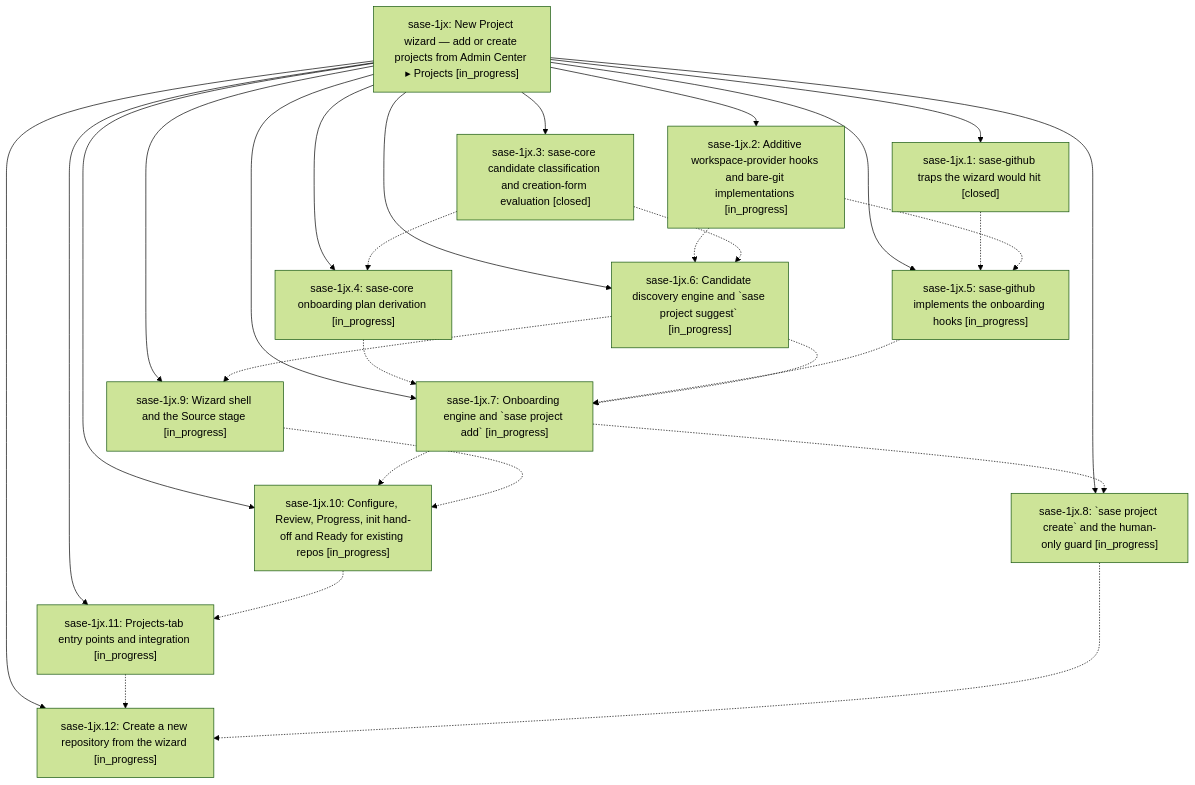
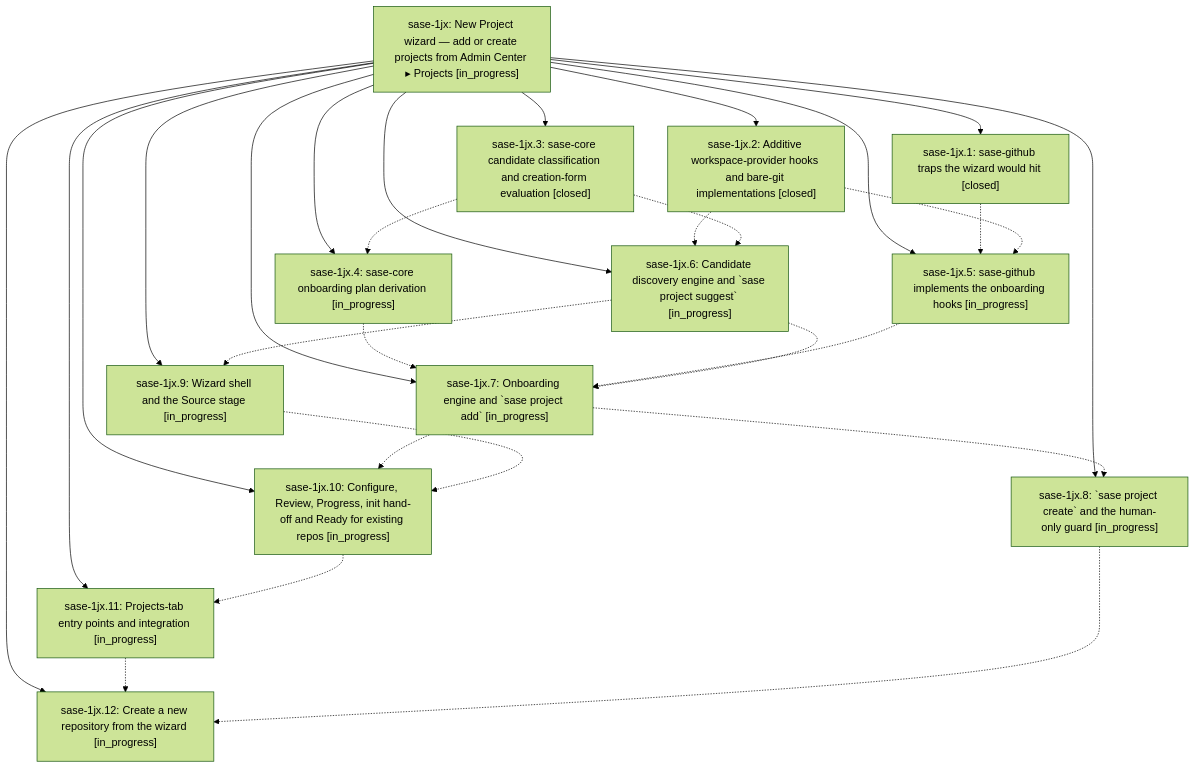
Before and after one commit to sase-org/sase--beads: the diagram in pages/sase-1jx/README.md, drawn with Mermaid (forest theme). The commit also changed other lines of this file and 4 other files, not shown here.

````diff
--- a/pages/sase-1jx/README.md
+++ b/pages/sase-1jx/README.md
@@ -47,43 +47,43 @@
 ```mermaid
 flowchart TD
     n0["sase-1jx: New Project wizard — add or create projects from Admin Center ▸ Projects [in_progress]"]
     n1["sase-1jx.1: sase-github traps the wizard would hit [closed]"]
     n2["sase-1jx.10: Configure, Review, Progress, init hand-off and Ready for existing repos [in_progress]"]
     n3["sase-1jx.11: Projects-tab entry points and integration [in_progress]"]
     n4["sase-1jx.12: Create a new repository from the wizard [in_progress]"]
-    n5["sase-1jx.2: Additive workspace-provider hooks and bare-git implementations [in_progress]"]
+    n5["sase-1jx.2: Additive workspace-provider hooks and bare-git implementations [closed]"]
     n6["sase-1jx.3: sase-core candidate classification and creation-form evaluation [closed]"]
     n7["sase-1jx.4: sase-core onboarding plan derivation [in_progress]"]
     n8["sase-1jx.5: sase-github implements the onboarding hooks [in_progress]"]
     n9["sase-1jx.6: Candidate discovery engine and `sase project suggest` [in_progress]"]
     n10["sase-1jx.7: Onboarding engine and `sase project add` [in_progress]"]
     n11["sase-1jx.8: `sase project create` and the human-only guard [in_progress]"]
     n12["sase-1jx.9: Wizard shell and the Source stage [in_progress]"]
     n0 --> n1
     n0 --> n2
     n0 --> n3
     n0 --> n4
     n0 --> n5
     n0 --> n6
     n0 --> n7
     n0 --> n8
     n0 --> n9
     n0 --> n10
     n0 --> n11
     n0 --> n12
     n1 -.-> n8
     n2 -.-> n3
     n3 -.-> n4
     n5 -.-> n8
     n5 -.-> n9
     n6 -.-> n7
     n6 -.-> n9
     n7 -.-> n10
     n8 -.-> n10
     n9 -.-> n10
     n9 -.-> n12
     n10 -.-> n2
     n10 -.-> n11
     n11 -.-> n4
     n12 -.-> n2
 ```
````
